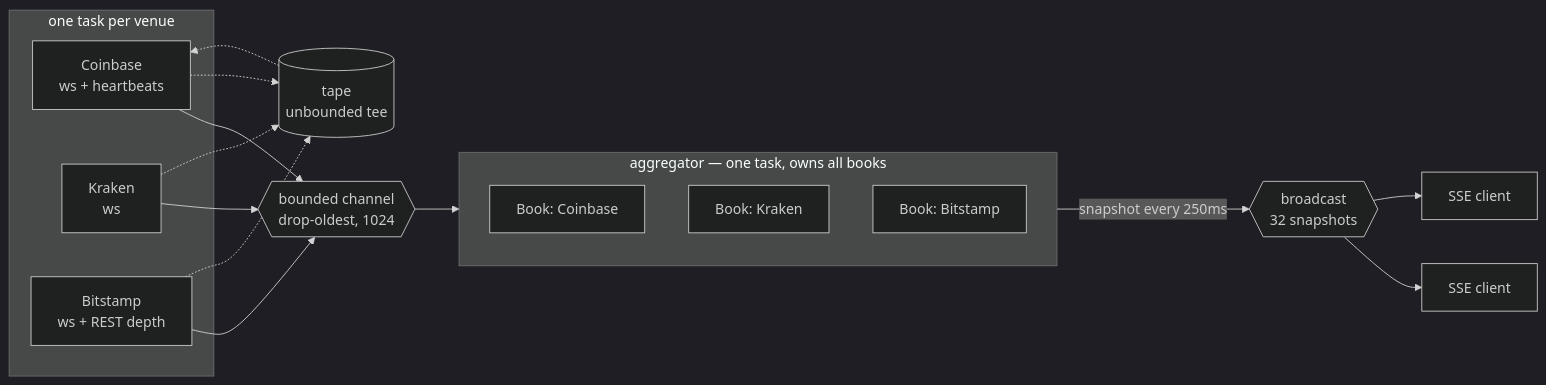
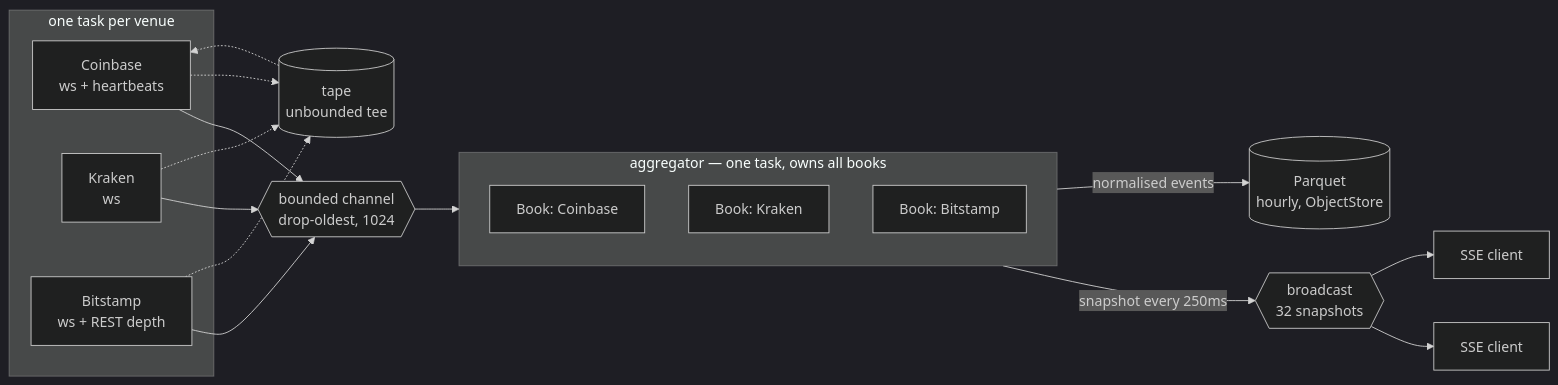
The first of 9 diagrams in docs/DESIGN.md (oscarno22/market-aggregator), drawn with Mermaid (dark theme) before and after one commit. The commit also changed other lines of this file and 9 other files, not shown here.

````diff
--- a/docs/DESIGN.md
+++ b/docs/DESIGN.md
@@ -37,30 +38,32 @@
 ```mermaid
 flowchart LR
   subgraph ingest["one task per venue"]
     CB["Coinbase<br/>ws + heartbeats"]
     KR["Kraken<br/>ws"]
     BS["Bitstamp<br/>ws + REST depth"]
   end
 
   CH{{"bounded channel<br/>drop-oldest, 1024"}}
 
   subgraph agg["aggregator — one task, owns all books"]
     B1["Book: Coinbase"]
     B2["Book: Kraken"]
     B3["Book: Bitstamp"]
   end
 
   BC{{"broadcast<br/>32 snapshots"}}
 
   CB --> CH
   KR --> CH
   BS --> CH
   CH --> agg
   agg -- "snapshot every 250ms" --> BC
   BC --> S1["SSE client"]
   BC --> S2["SSE client"]
+  agg -- "normalised events" --> PQ[("Parquet
+  hourly, ObjectStore")]
   TAPE[("tape<br/>unbounded tee")] -.-> CB
   CB -.-> TAPE
   KR -.-> TAPE
   BS -.-> TAPE
 ```
````
